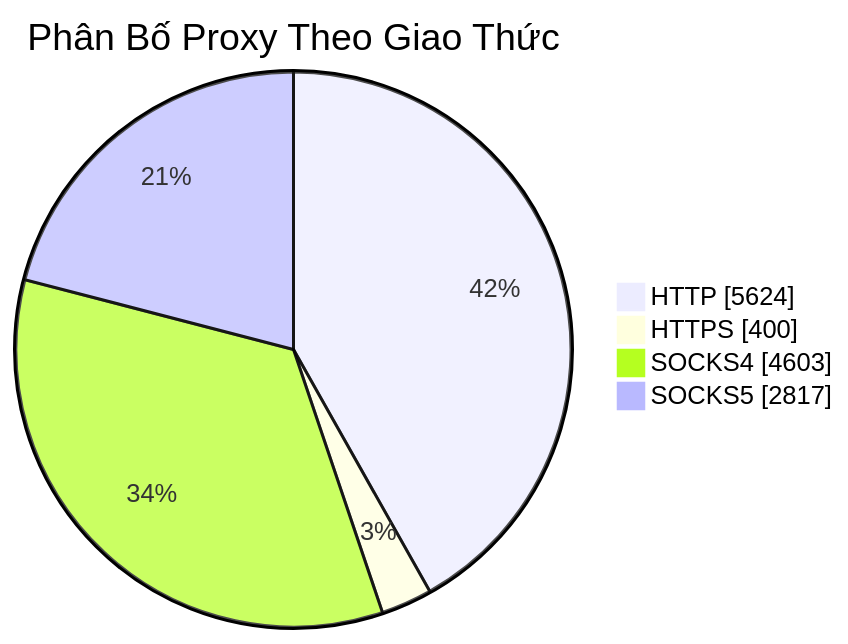
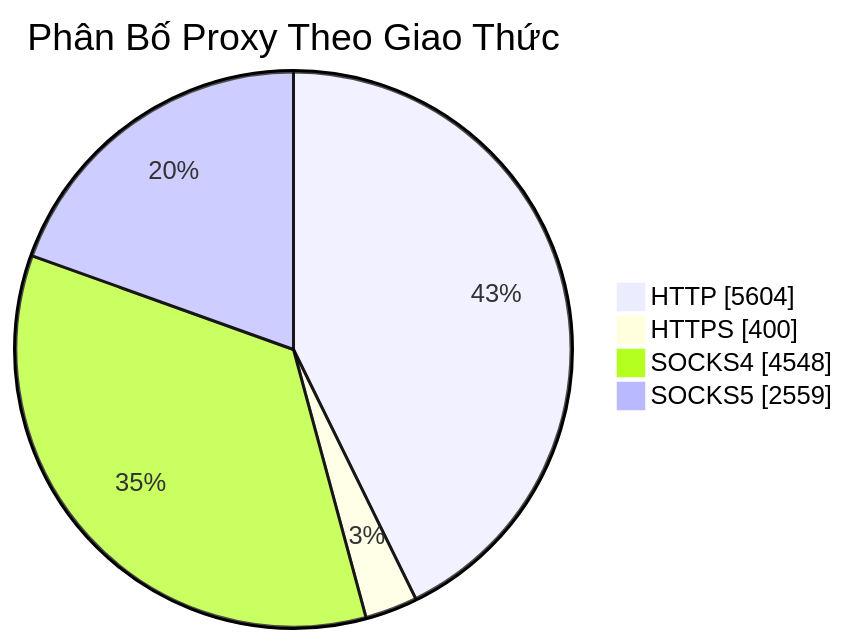
The diagram in README.md (Ciara-Aa/PROXY-free), drawn with Mermaid before and after one commit. The commit also changed other lines of this file and 4 other files, not shown here.

````diff
--- a/README.md
+++ b/README.md
@@ -26,7 +26,7 @@
 ```mermaid
 pie showData title Phân Bố Proxy Theo Giao Thức
-    "HTTP" : 5624
+    "HTTP" : 5604
     "HTTPS" : 400
-    "SOCKS4" : 4603
-    "SOCKS5" : 2817
+    "SOCKS4" : 4548
+    "SOCKS5" : 2559
 ```
````
